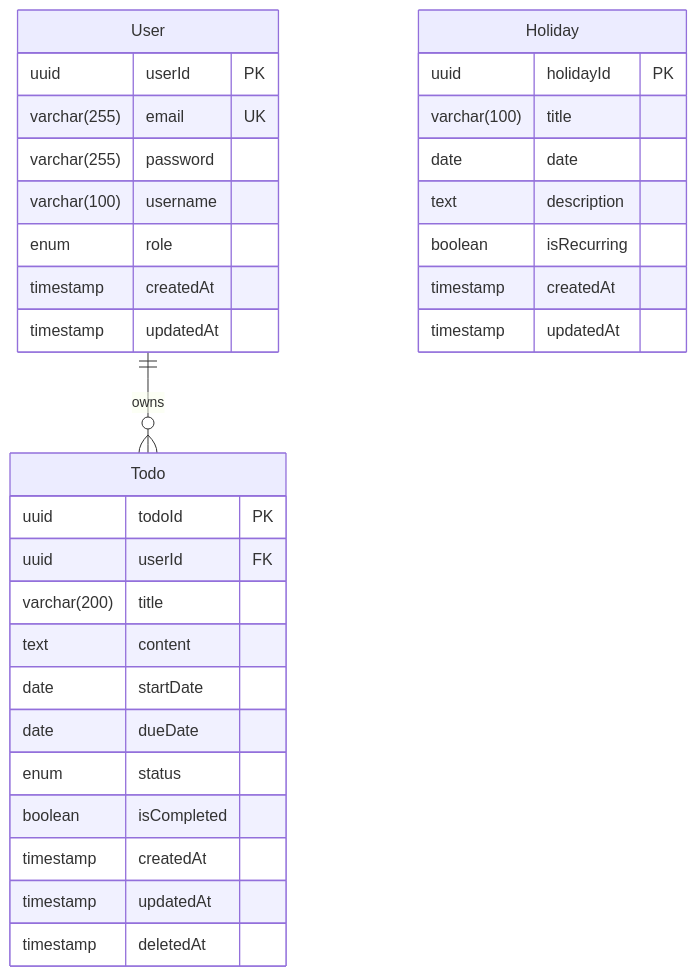
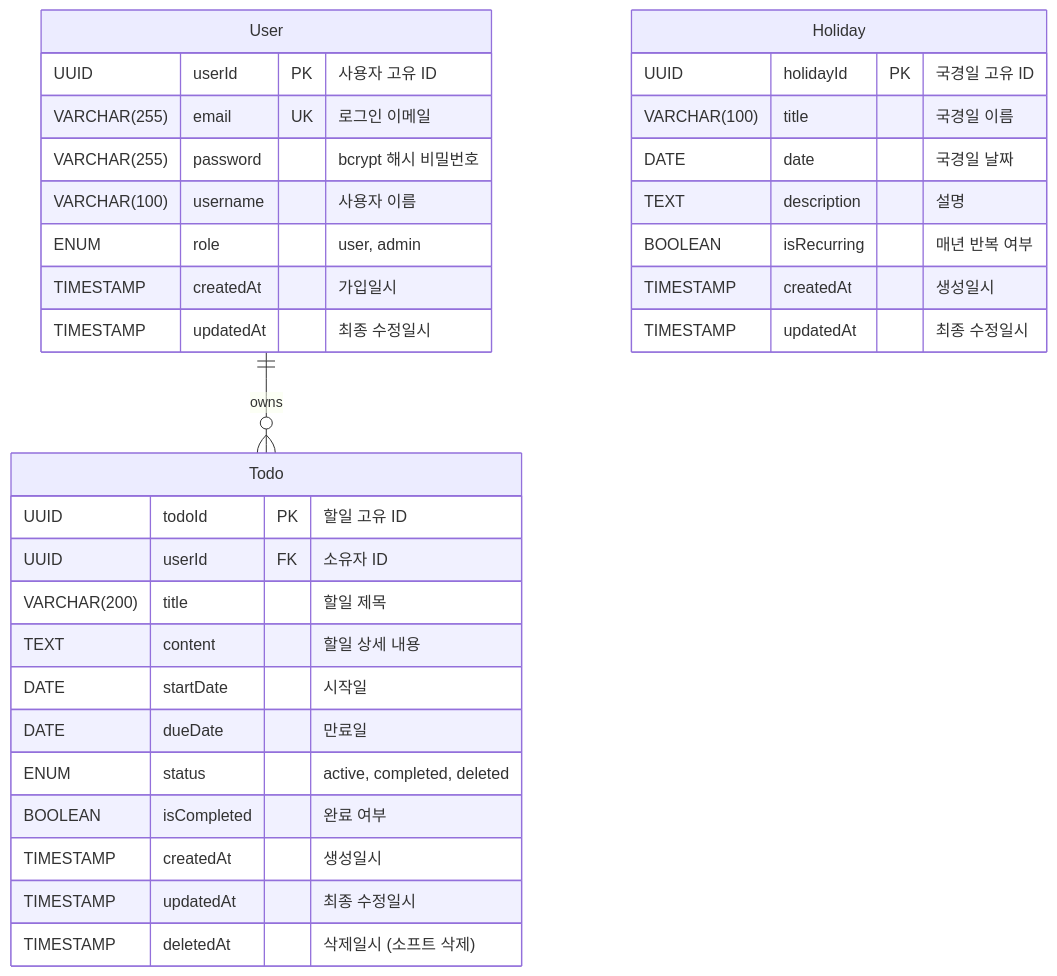
Before and after one commit to zecool/pkt-todolist: the diagram in docs/6-erd.md, drawn with Mermaid. The commit also changed other lines of this file and 91 other files, not shown here.

````diff
--- a/docs/6-erd.md
+++ b/docs/6-erd.md
@@ -26,38 +64,38 @@
 ```mermaid
 erDiagram
-    User ||--o{ Todo : owns
+    User ||--o{ Todo : "owns"
 
     User {
-        uuid userId PK
-        varchar(255) email UK
-        varchar(255) password
-        varchar(100) username
-        enum role
-        timestamp createdAt
-        timestamp updatedAt
+        UUID userId PK "사용자 고유 ID"
+        VARCHAR(255) email UK "로그인 이메일"
+        VARCHAR(255) password "bcrypt 해시 비밀번호"
+        VARCHAR(100) username "사용자 이름"
+        ENUM role "user, admin"
+        TIMESTAMP createdAt "가입일시"
+        TIMESTAMP updatedAt "최종 수정일시"
     }
 
     Todo {
-        uuid todoId PK
-        uuid userId FK
-        varchar(200) title
-        text content
-        date startDate
-        date dueDate
-        enum status
-        boolean isCompleted
-        timestamp createdAt
-        timestamp updatedAt
-        timestamp deletedAt
+        UUID todoId PK "할일 고유 ID"
+        UUID userId FK "소유자 ID"
+        VARCHAR(200) title "할일 제목"
+        TEXT content "할일 상세 내용"
+        DATE startDate "시작일"
+        DATE dueDate "만료일"
+        ENUM status "active, completed, deleted"
+        BOOLEAN isCompleted "완료 여부"
+        TIMESTAMP createdAt "생성일시"
+        TIMESTAMP updatedAt "최종 수정일시"
+        TIMESTAMP deletedAt "삭제일시 (소프트 삭제)"
     }
 
     Holiday {
-        uuid holidayId PK
-        varchar(100) title
-        date date
-        text description
-        boolean isRecurring
-        timestamp createdAt
-        timestamp updatedAt
+        UUID holidayId PK "국경일 고유 ID"
+        VARCHAR(100) title "국경일 이름"
+        DATE date "국경일 날짜"
+        TEXT description "설명"
+        BOOLEAN isRecurring "매년 반복 여부"
+        TIMESTAMP createdAt "생성일시"
+        TIMESTAMP updatedAt "최종 수정일시"
     }
 ```
````
